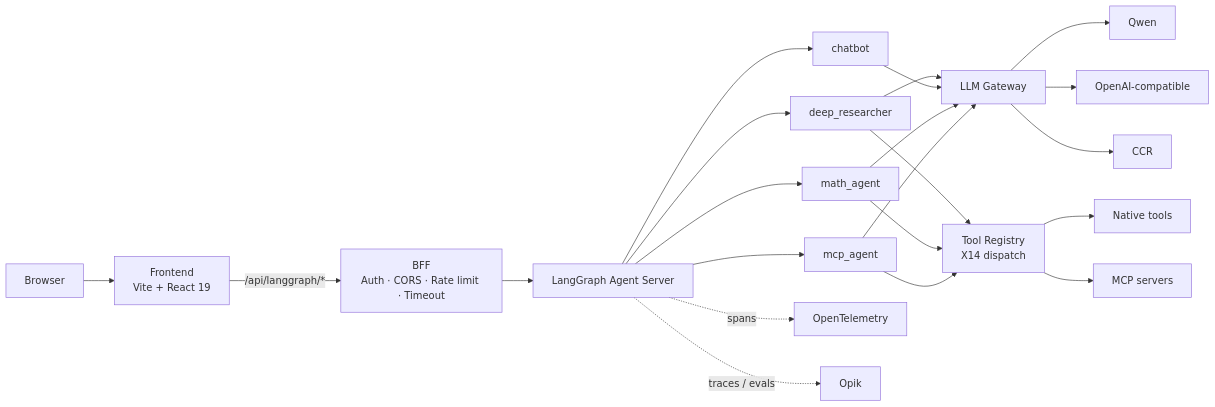
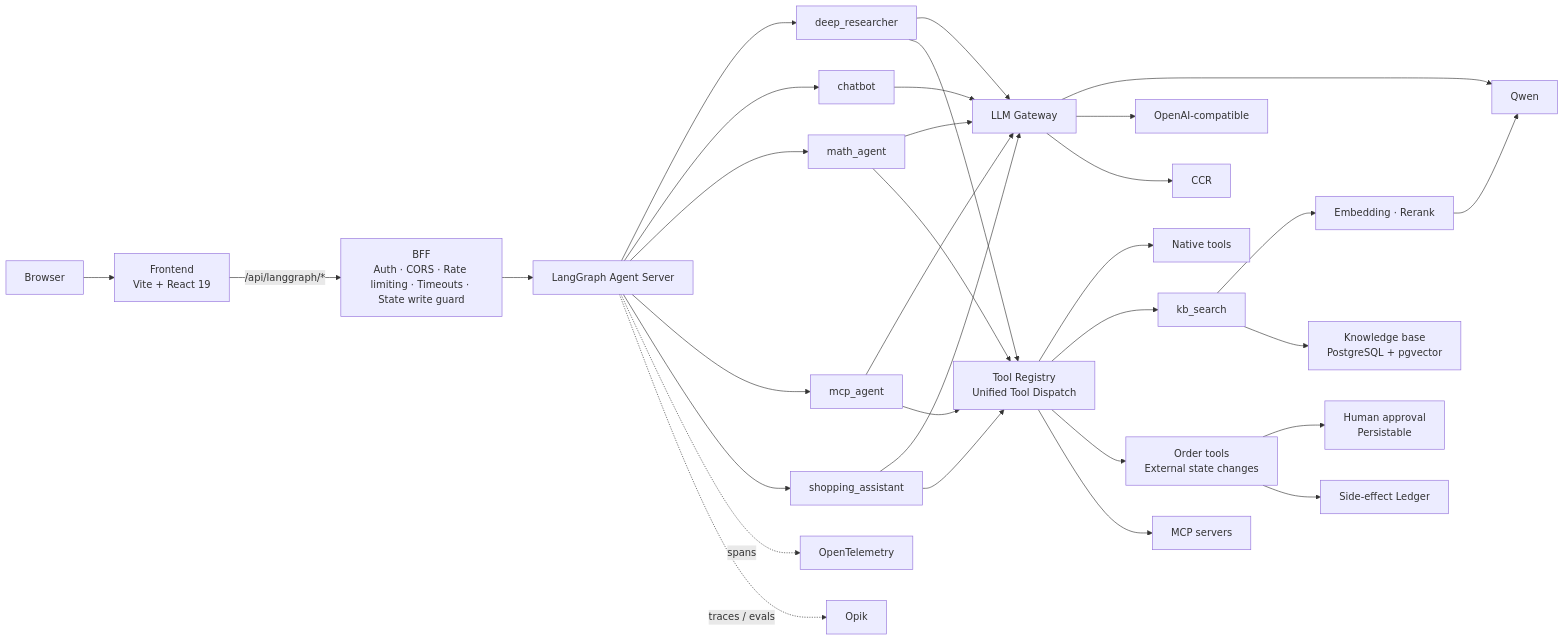
One commit to HsienW/chat-gun changed the diagram in README.en.md. Above: the diagram before and after it, drawn with Mermaid. The commit also changed other lines of this file and 2 other files, not shown here.

````diff
--- a/README.en.md
+++ b/README.en.md
@@ -67,42 +159,59 @@
 ```mermaid
 flowchart LR
   B["Browser"]
   F["Frontend<br/>Vite + React 19"]
-  G["BFF<br/>Auth · CORS · Rate limit · Timeout"]
+  G["BFF<br/>Auth · CORS · Rate limiting · Timeouts · State write guard"]
   L["LangGraph Agent Server"]
   A1["deep_researcher"]
   A2["chatbot"]
   A3["math_agent"]
   A4["mcp_agent"]
+  A5["shopping_assistant"]
   GW["LLM Gateway"]
   Q["Qwen"]
   O["OpenAI-compatible"]
   C["CCR"]
-  TR["Tool Registry<br/>X14 dispatch"]
+  TR["Tool Registry<br/>Unified Tool Dispatch"]
   NT["Native tools"]
+  KB["kb_search"]
+  OD["Order tools<br/>External state changes"]
   MT["MCP servers"]
+  EM["Embedding · Rerank"]
+  KS["Knowledge base<br/>PostgreSQL + pgvector"]
+  HI["Human approval<br/>Persistable"]
+  LG["Side-effect Ledger"]
   OT["OpenTelemetry"]
   OP["Opik"]
 
   B --> F
   F -->|"/api/langgraph/*"| G
   G --> L
   L --> A1
   L --> A2
   L --> A3
   L --> A4
+  L --> A5
   A1 --> GW
   A2 --> GW
   A3 --> GW
   A4 --> GW
+  A5 --> GW
   GW --> Q
   GW --> O
   GW --> C
   A1 --> TR
   A3 --> TR
   A4 --> TR
+  A5 --> TR
   TR --> NT
+  TR --> KB
+  TR --> OD
   TR --> MT
+  KB --> EM
+  KB --> KS
+  EM --> Q
+  OD --> HI
+  OD --> LG
   L -.->|"spans"| OT
   L -.->|"traces / evals"| OP
 ```
````
